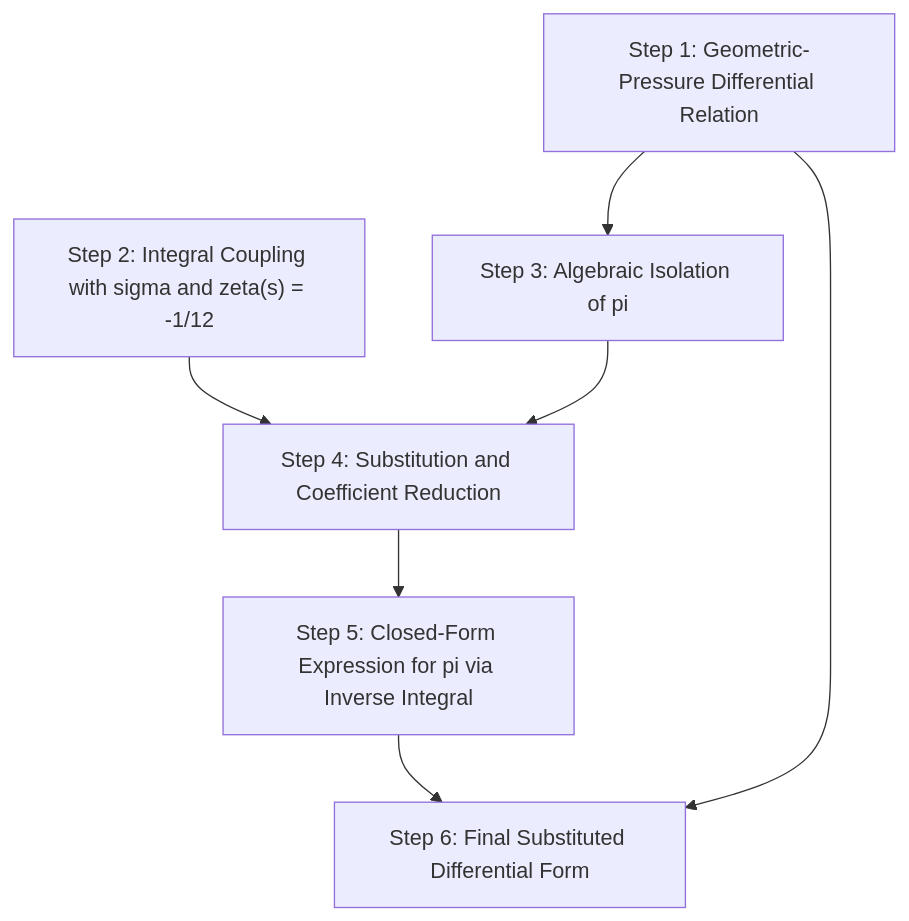
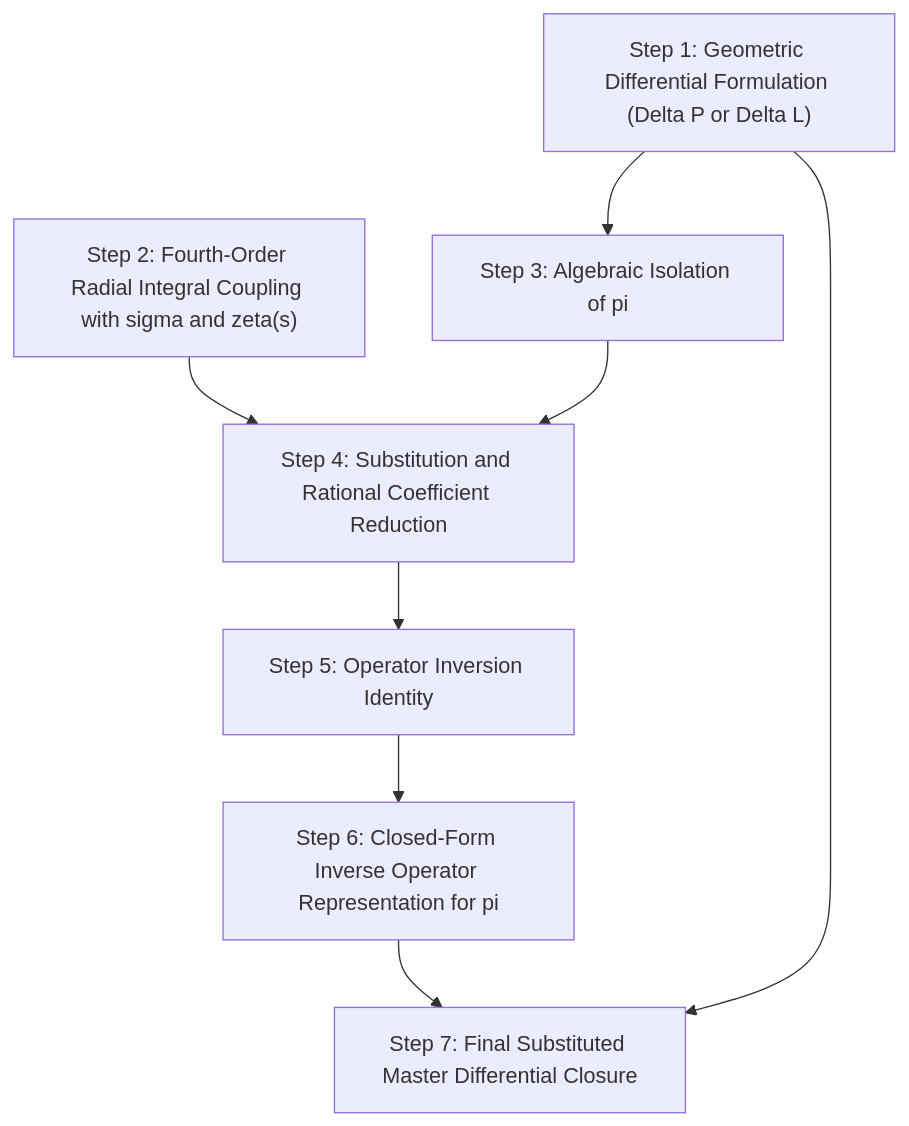
Before and after one commit to SamuelPurba/Samuel-Navier-Stocks-Equation-Solution: the first of 3 diagrams in README.md, drawn with Mermaid. The commit also changed other lines of this file, not shown here.

````diff
--- a/README.md
+++ b/README.md
@@ -242,9 +314,10 @@
 ```mermaid
 flowchart TD
-    S1["Step 1: Geometric-Pressure Differential Relation"] --> S3["Step 3: Algebraic Isolation of pi"]
-    S2["Step 2: Integral Coupling with sigma and zeta(s) = -1/12"] --> S4["Step 4: Substitution and Coefficient Reduction"]
+    S1["Step 1: Geometric Differential Formulation (Delta P or Delta L)"] --> S3["Step 3: Algebraic Isolation of pi"]
+    S2["Step 2: Fourth-Order Radial Integral Coupling with sigma and zeta(s)"] --> S4["Step 4: Substitution and Rational Coefficient Reduction"]
     S3 --> S4
-    S4 --> S5["Step 5: Closed-Form Expression for pi via Inverse Integral"]
-    S5 --> S6["Step 6: Final Substituted Differential Form"]
-    S1 --> S6
+    S4 --> S5["Step 5: Operator Inversion Identity"]
+    S5 --> S6["Step 6: Closed-Form Inverse Operator Representation for pi"]
+    S6 --> S7["Step 7: Final Substituted Master Differential Closure"]
+    S1 --> S7
 ```
````
